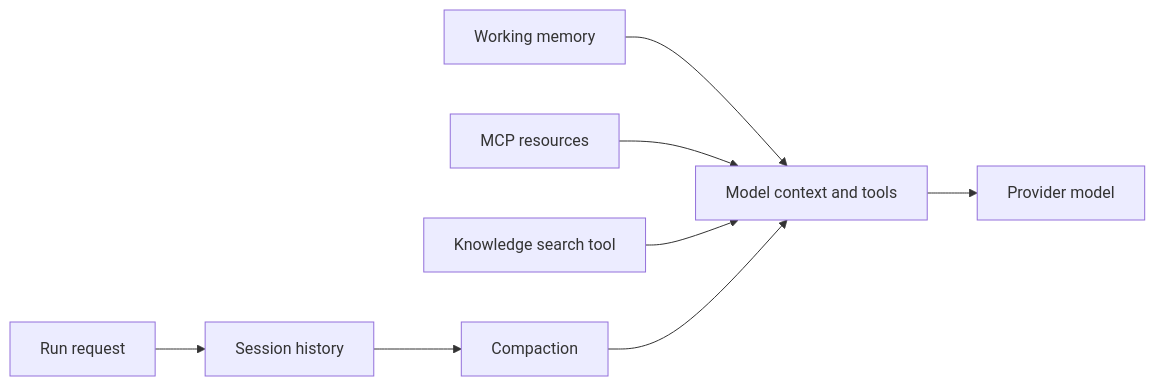
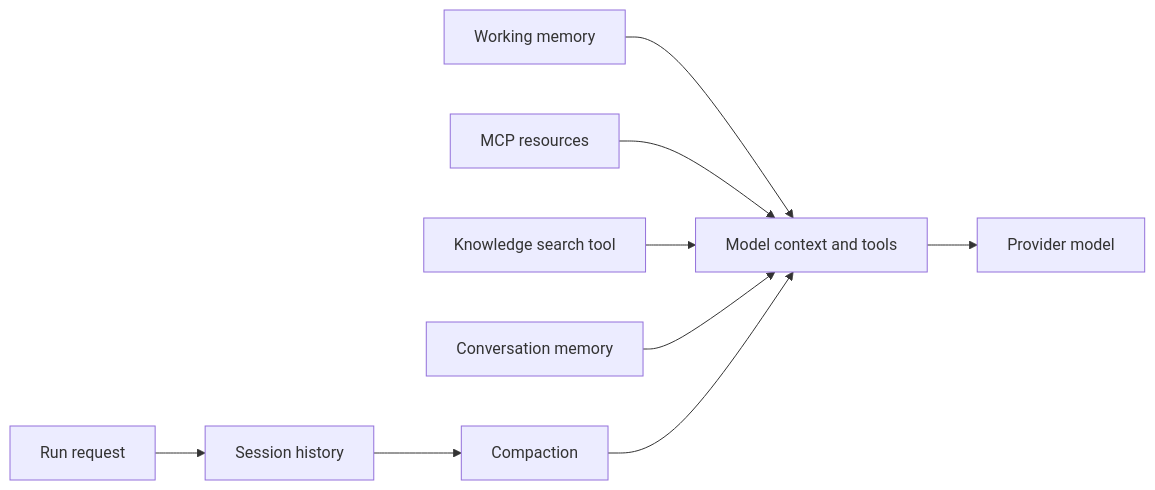
Before and after one commit to farukatasoy/Tracon: the diagram in docs-site/src/content/docs/guides/context-and-memory.md, drawn with Mermaid. The commit also changed other lines of this file and 60 other files, not shown here.

Commit message:
feat(memory): an agent remembers what its user said in earlier sessions

````diff
--- a/docs-site/src/content/docs/guides/context-and-memory.md
+++ b/docs-site/src/content/docs/guides/context-and-memory.md
@@ -20,12 +21,13 @@
 ```mermaid
 flowchart LR
     accTitle: Agent context assembly
-    accDescr: Session history is compacted, then combined with working memory, fixed MCP resources, and knowledge results before the model request.
+    accDescr: Session history is compacted, then combined with working memory, fixed MCP resources, knowledge results, and the user's conversation memory before the model request.
     Q["Run request"] --> H["Session history"]
     H --> C["Compaction"]
     W["Working memory"] --> X["Model context and tools"]
     R["MCP resources"] --> X
     K["Knowledge search tool"] --> X
+    U["Conversation memory"] --> X
     C --> X
     X --> M["Provider model"]
 ```
````
